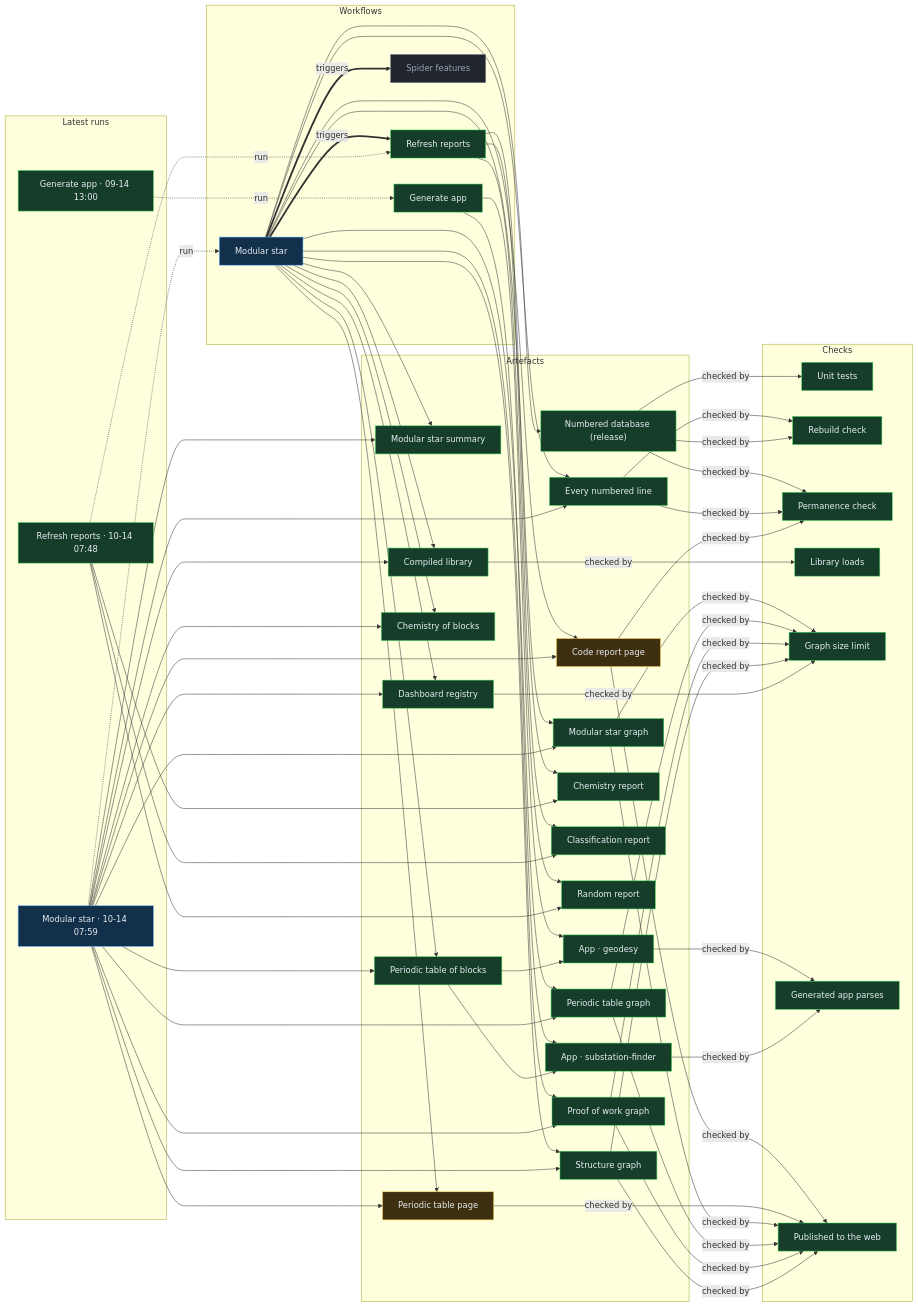
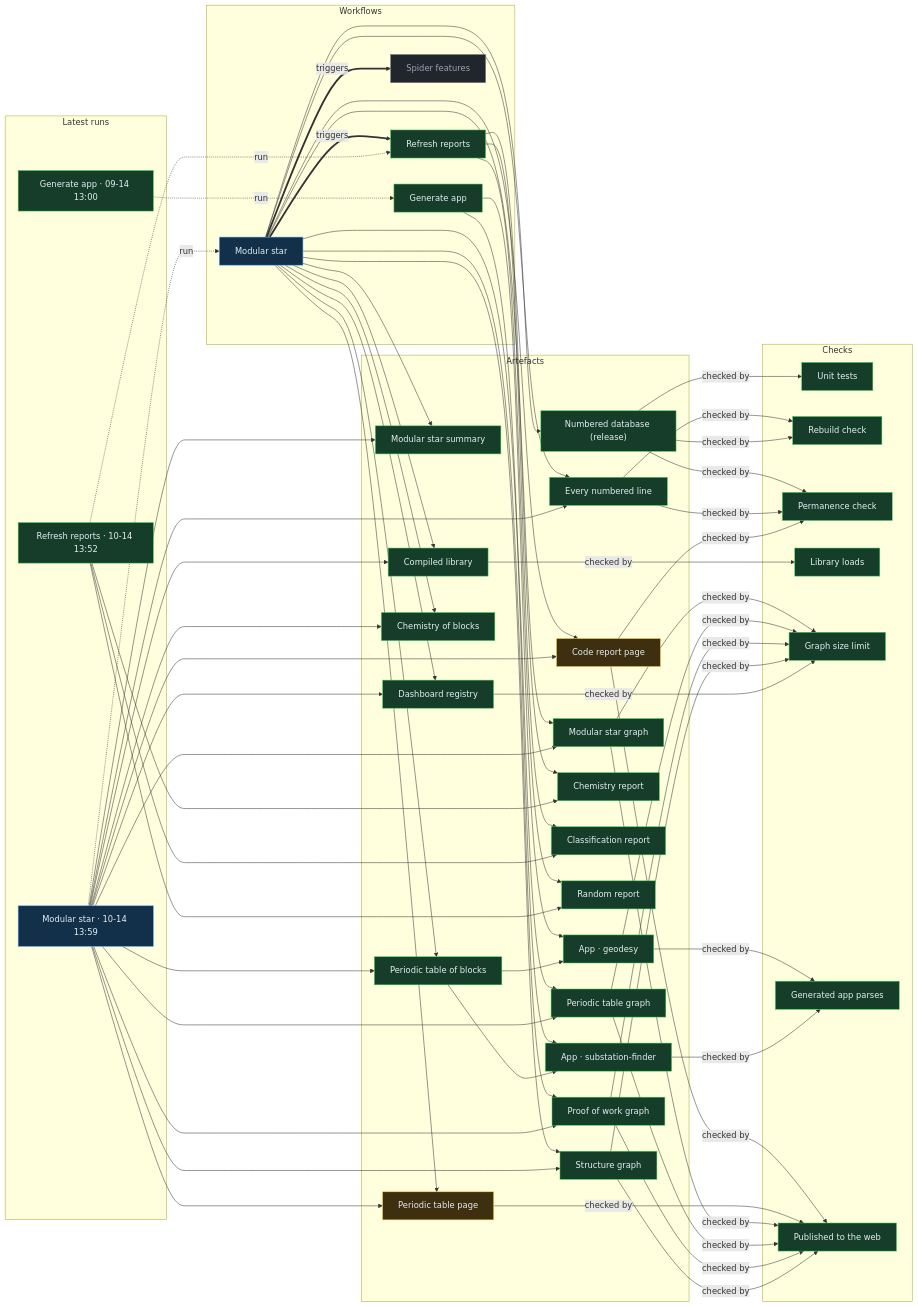
Before and after one commit to Ventusltd/stars: the diagram in proof/PROOF.md, drawn with Mermaid. The commit also changed other lines of this file and 44 other files, not shown here.

Commit message:
Modular star 2026-10-14T14:02Z

```diff
--- a/proof/PROOF.md
+++ b/proof/PROOF.md
@@ -24,8 +24,8 @@
   n_wf_spider_features["Spider features"]:::off
   end
   subgraph g_runs["Latest runs"]
-  n_run_38531950619["Modular star · 10-14 07:59"]:::live
-  n_run_38530775708["Refresh reports · 10-14 07:48"]:::ok
+  n_run_38576527832["Modular star · 10-14 13:59"]:::live
+  n_run_38575491353["Refresh reports · 10-14 13:52"]:::ok
   n_run_34846587798["Generate app · 09-14 13:00"]:::ok
   end
   subgraph g_artefacts["Artefacts"]
@@ -59,39 +59,39 @@
   end
   n_wf_modular_star == triggers ==> n_wf_refresh
   n_wf_modular_star == triggers ==> n_wf_spider_features
-  n_run_38531950619 -. run .-> n_wf_modular_star
-  n_run_38530775708 -. run .-> n_wf_refresh
+  n_run_38576527832 -. run .-> n_wf_modular_star
+  n_run_38575491353 -. run .-> n_wf_refresh
   n_run_34846587798 -. run .-> n_wf_generate
   n_wf_modular_star --> n_art_summary
-  n_run_38531950619 --> n_art_summary
+  n_run_38576527832 --> n_art_summary
   n_wf_modular_star --> n_art_lines
-  n_run_38531950619 --> n_art_lines
+  n_run_38576527832 --> n_art_lines
   n_wf_modular_star --> n_art_code
-  n_run_38531950619 --> n_art_code
+  n_run_38576527832 --> n_art_code
   n_wf_modular_star --> n_art_modular_graph
-  n_run_38531950619 --> n_art_modular_graph
+  n_run_38576527832 --> n_art_modular_graph
   n_wf_modular_star --> n_art_blocks
-  n_run_38531950619 --> n_art_blocks
+  n_run_38576527832 --> n_art_blocks
   n_wf_modular_star --> n_art_table
-  n_run_38531950619 --> n_art_table
+  n_run_38576527832 --> n_art_table
   n_wf_modular_star --> n_art_blocks_graph
-  n_run_38531950619 --> n_art_blocks_graph
+  n_run_38576527832 --> n_art_blocks_graph
   n_wf_modular_star --> n_art_reactions
-  n_run_38531950619 --> n_art_reactions
+  n_run_38576527832 --> n_art_reactions
   n_wf_modular_star --> n_art_library
-  n_run_38531950619 --> n_art_library
+  n_run_38576527832 --> n_art_library
   n_wf_modular_star --> n_art_features
-  n_run_38531950619 --> n_art_features
+  n_run_38576527832 --> n_art_features
   n_wf_modular_star --> n_art_proof
-  n_run_38531950619 --> n_art_proof
+  n_run_38576527832 --> n_art_proof
   n_wf_modular_star --> n_art_structure
-  n_run_38531950619 --> n_art_structure
+  n_run_38576527832 --> n_art_structure
   n_wf_refresh --> n_art_chemistry
-  n_run_38530775708 --> n_art_chemistry
+  n_run_38575491353 --> n_art_chemistry
   n_wf_refresh --> n_art_vedic
-  n_run_38530775708 --> n_art_vedic
+  n_run_38575491353 --> n_art_vedic
   n_wf_refresh --> n_art_random
-  n_run_38530775708 --> n_art_random
+  n_run_38575491353 --> n_art_random
   n_wf_modular_star --> n_art_release
   n_wf_generate --> n_app_geodesy
   n_art_blocks --> n_app_geodesy
```
